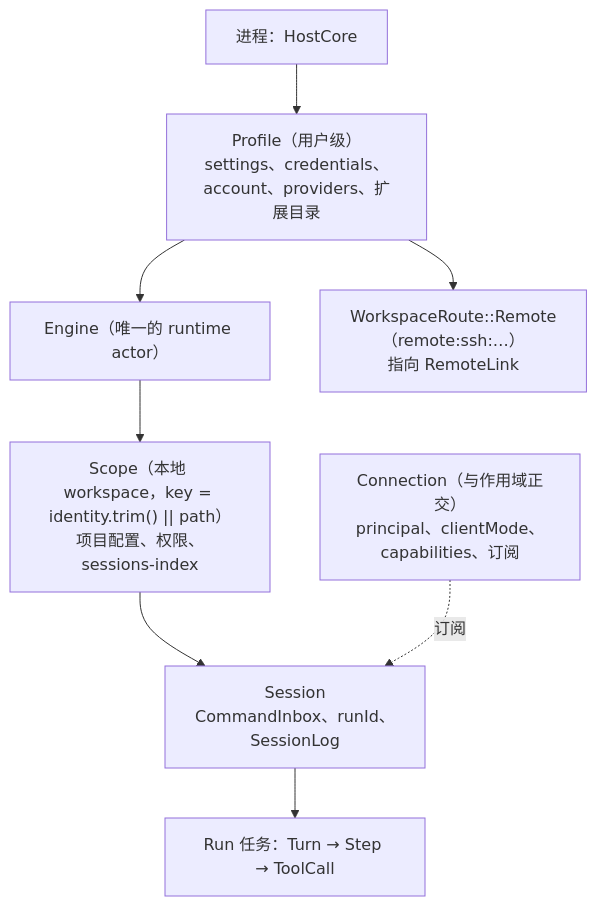
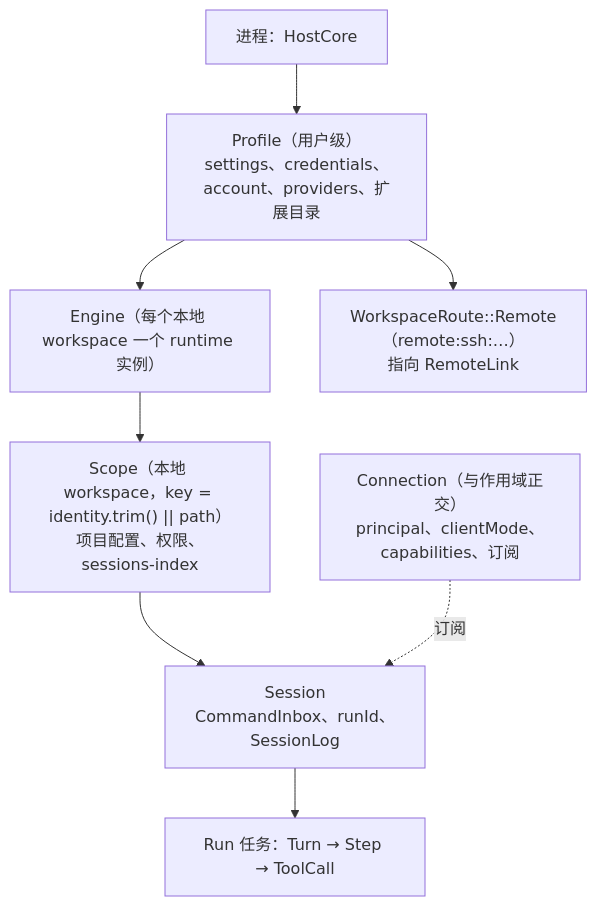
Before and after one commit to Madin-H23/ZCode-rs: the third of 9 diagrams in docs/specs/rust-unified-host.md, drawn with Mermaid. The commit also changed other lines of this file and 5 other files, not shown here.

First line of the commit message:
docs(rust): D-U12 final — one runtime instance per workspace, in the Host process

````diff
--- a/docs/specs/rust-unified-host.md
+++ b/docs/specs/rust-unified-host.md
@@ -229,10 +229,10 @@
 ```mermaid
 flowchart TB
     P["进程：HostCore"] --> PR["Profile（用户级）<br/>settings、credentials、account、providers、扩展目录"]
-    PR --> E["Engine（唯一的 runtime actor）"]
+    PR --> E["Engine（每个本地 workspace 一个 runtime 实例）"]
     E --> W1["Scope（本地 workspace，key = identity.trim() || path）<br/>项目配置、权限、sessions-index"]
     PR --> W2["WorkspaceRoute::Remote（remote:ssh:…）<br/>指向 RemoteLink"]
     W1 --> S1["Session<br/>CommandInbox、runId、SessionLog"]
     S1 --> RUN["Run 任务：Turn → Step → ToolCall"]
     C["Connection（与作用域正交）<br/>principal、clientMode、capabilities、订阅"] -. "订阅" .-> S1
 ```
````
